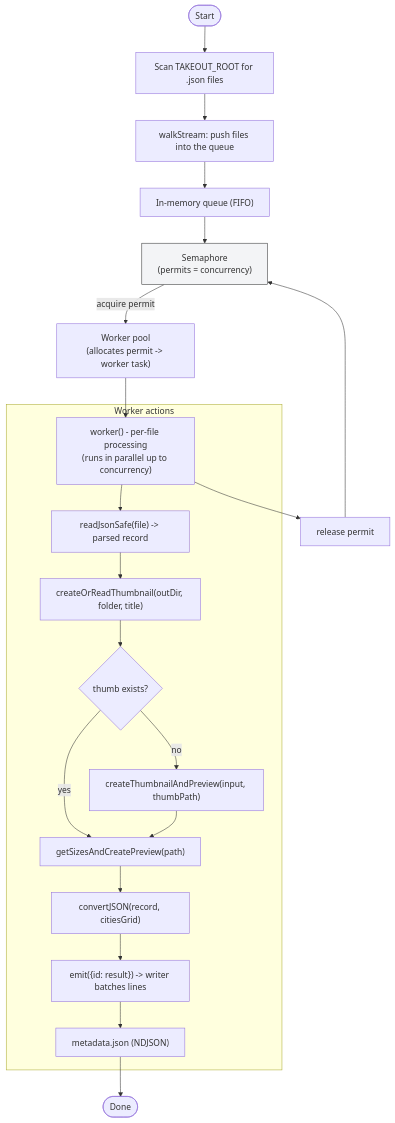
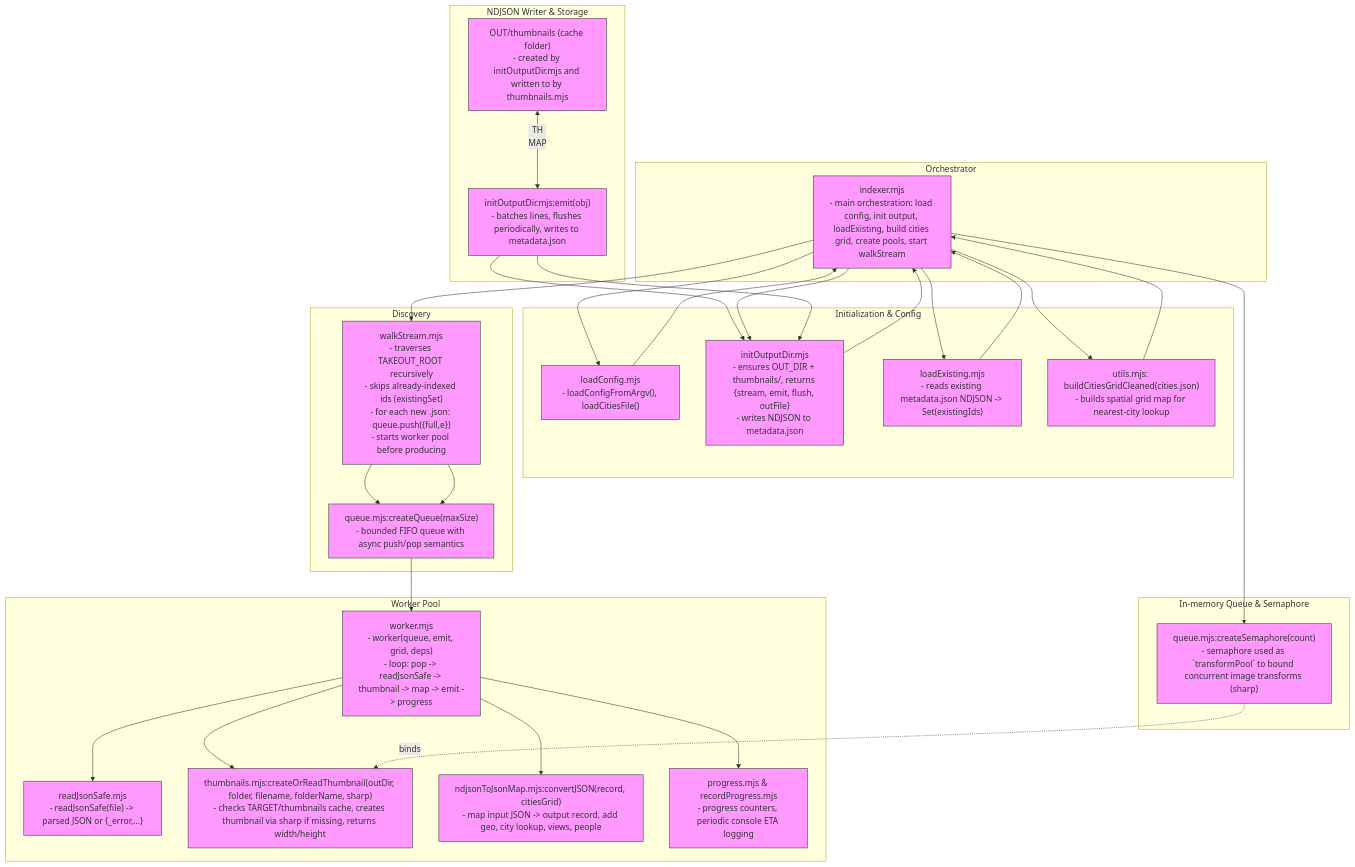
The diagram in README.md (travel-albums-ai/albums-google-photos-indexer), drawn with Mermaid before and after one commit. The commit also changed other lines of this file, not shown here.

Commit message:
docs: enhance README with detailed architectural flow and component descriptions

````diff
--- a/README.md
+++ b/README.md
@@ -7,34 +7,62 @@
 ```mermaid
 flowchart TD
-  Start([Start]) --> Scan["Scan TAKEOUT_ROOT for .json files"]
-  Scan --> Walk["walkStream: push files into the queue"]
-  Walk --> Queue["In-memory queue (FIFO)"]
 
-  %% Semaphore controls parallel worker tasks
-  Queue --> Semaphore["Semaphore\n(permits = concurrency)"]
-  Semaphore -->|acquire permit| WorkerPool["Worker pool\n(allocates permit -> worker task)"]
-  WorkerPool --> Worker["worker() - per-file processing\n(runs in parallel up to concurrency)"]
-
-  subgraph WorkerActions [Worker actions]
-    Worker --> ReadJson["readJsonSafe(file) -> parsed record"]
-    ReadJson --> CreateThumb["createOrReadThumbnail(outDir, folder, title)"]
-    CreateThumb --> ThumbCacheCheck{"thumb exists?"}
-    ThumbCacheCheck -->|yes| GetSizes["getSizesAndCreatePreview(path)"]
-    ThumbCacheCheck -->|no| MakeThumb["createThumbnailAndPreview(input, thumbPath)"]
-    GetSizes --> Convert["convertJSON(record, citiesGrid)"]
-    MakeThumb --> GetSizes
-    Convert --> Emit["emit({id: result}) -> writer batches lines"]
-    Emit --> Metadata["metadata.json (NDJSON)"]
+  subgraph ORCH[Orchestrator]
+    ORCH_main[indexer.mjs\n- main orchestration: load config, init output, loadExisting, build cities grid, create pools, start walkStream]
   end
 
-  %% release permit back to semaphore when worker finishes
-  Worker --> Release["release permit"]
-  Release --> Semaphore
+  subgraph INIT[Initialization & Config]
+    CFG["loadConfig.mjs\n- loadConfigFromArgv(), loadCitiesFile()"] --> ORCH_main
+    OUT["initOutputDir.mjs\n- ensures OUT_DIR + thumbnails/, returns {stream, emit, flush, outFile}\n- writes NDJSON to metadata.json"] --> ORCH_main
+    EXIST["loadExisting.mjs\n- reads existing metadata.json NDJSON -> Set(existingIds)"] --> ORCH_main
+    CITIES["utils.mjs: buildCitiesGridCleaned(cities.json)\n- builds spatial grid map for nearest-city lookup"] --> ORCH_main
+  end
 
-  %% show completion
-  Metadata --> End([Done])
+  subgraph DISCOVERY[Discovery]
+    WALK["walkStream.mjs\n- traverses TAKEOUT_ROOT recursively\n- skips already-indexed ids (existingSet)\n- for each new .json: queue.push({full,e})\n- starts worker pool before producing"] --> Q
+  end
 
-  %% styling hint for semaphore node
-  classDef sem fill:#f3f4f6,stroke:#333,stroke-width:1px;
-  class Semaphore sem;
+  subgraph QUEUE[In-memory Queue & Semaphore]
+    Q["queue.mjs:createQueue(maxSize)\n- bounded FIFO queue with async push/pop semantics"]
+    SEM["queue.mjs:createSemaphore(count)\n- semaphore used as `transformPool` to bound concurrent image transforms (sharp)"]
+  end
+
+  subgraph WORKERS[Worker Pool]
+    W["worker.mjs\n- worker(queue, emit, grid, deps)\n- loop: pop -> readJsonSafe -> thumbnail -> map -> emit -> progress"]
+    RJ["readJsonSafe.mjs\n- readJsonSafe(file) -> parsed JSON or {_error,...}"]
+    TH["thumbnails.mjs:createOrReadThumbnail(outDir, folder, filename, folderName, sharp)\n- checks TARGET/thumbnails cache, creates thumbnail via sharp if missing, returns width/height"]
+    MAP["ndjsonToJsonMap.mjs:convertJSON(record, citiesGrid)\n- map input JSON -> output record, add geo, city lookup, views, people"]
+    PROG["progress.mjs & recordProgress.mjs\n- progress counters, periodic console ETA logging"]
+    W --> RJ
+    W --> TH
+    W --> MAP
+    W --> PROG
+  end
+
+  subgraph OUTPUT[NDJSON Writer & Storage]
+    EMIT["initOutputDir.mjs:emit(obj)\n- batches lines, flushes periodically, writes to metadata.json"] --> OUT
+    TH_CACHE["OUT/thumbnails (cache folder)\n- created by initOutputDir.mjs and written to by thumbnails.mjs"]
+  end
+
+  %% orchestration edges
+  ORCH_main --> CFG
+  ORCH_main --> OUT
+  ORCH_main --> EXIST
+  ORCH_main --> CITIES
+  ORCH_main --> SEM
+  ORCH_main --> WALK
+
+  WALK --> Q
+  Q --> W
+
+  SEM -. binds .-> TH
+  TH_CACHE <-- TH
+  MAP --> EMIT
+  EMIT --> OUT
+
+  %% notes
+  classDef fileLabel fill:#f9f,stroke:#333,stroke-width:1px;
+  class ORCH_main,CFG,OUT,EXIST,CITIES,WALK,Q,SEM,W,RJ,TH,MAP,PROG,EMIT,TH_CACHE fileLabel;
+
+  %% end
 ```
````
